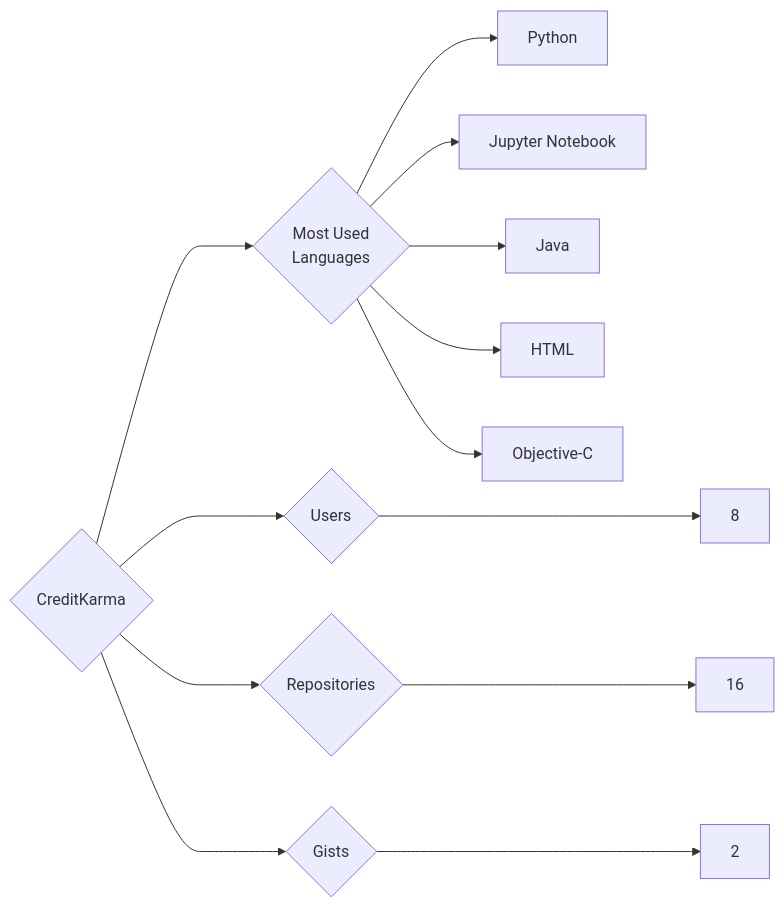
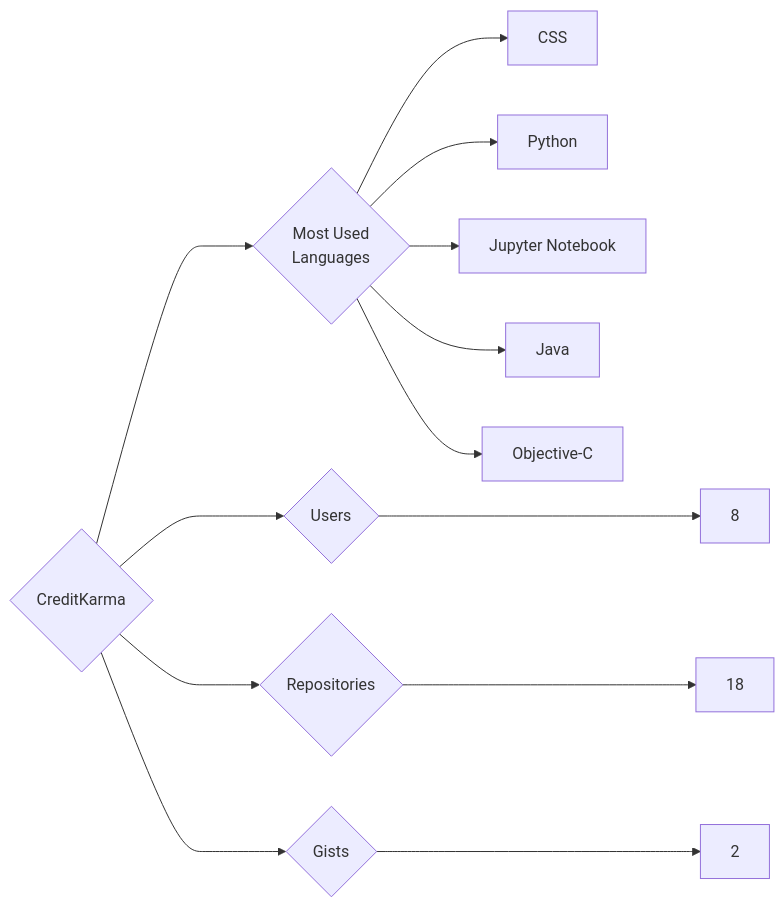
One commit to trickest/insiders changed the diagram in targets/CreditKarma/README.md. Above: the diagram before and after it, drawn with Mermaid. The commit also changed 815 other files, not shown here.

````diff
--- a/targets/CreditKarma/README.md
+++ b/targets/CreditKarma/README.md
@@ -3,13 +3,13 @@
 ```mermaid
 graph LR
 COMPANY_NAME{CreditKarma}
 COMPANY_NAME ---> U{Users} ---> UN[8]
-COMPANY_NAME ---> R{Repositories} ---> RN[16]
+COMPANY_NAME ---> R{Repositories} ---> RN[18]
 COMPANY_NAME ---> G{Gists} ---> GN[2]
 COMPANY_NAME ---> ML{Most Used<br>Languages}
+ML --> CSS[CSS]
 ML --> Python[Python]
 ML --> Jupyter_Notebook[Jupyter Notebook]
 ML --> Java[Java]
-ML --> HTML[HTML]
 ML --> Objective-C[Objective-C]
 ```
````
